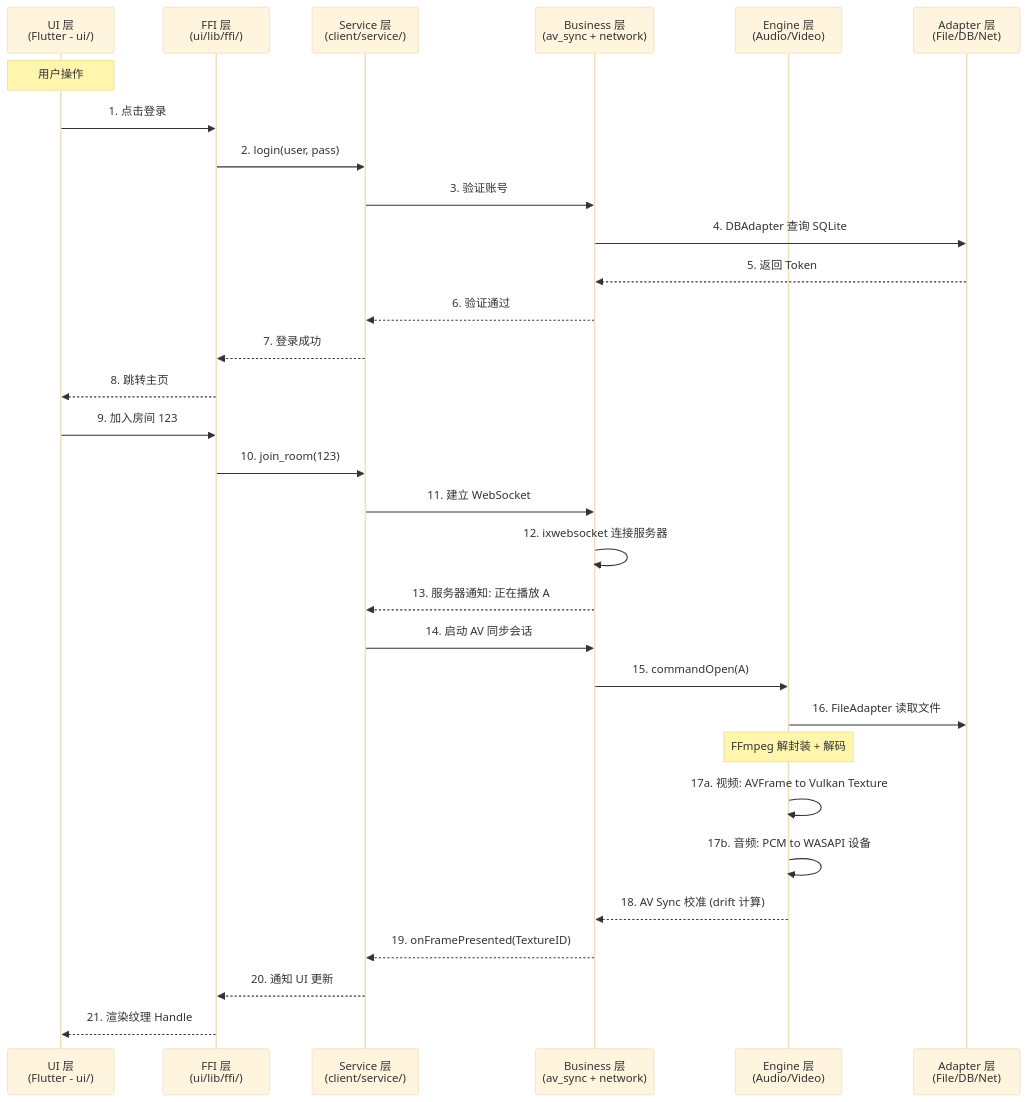
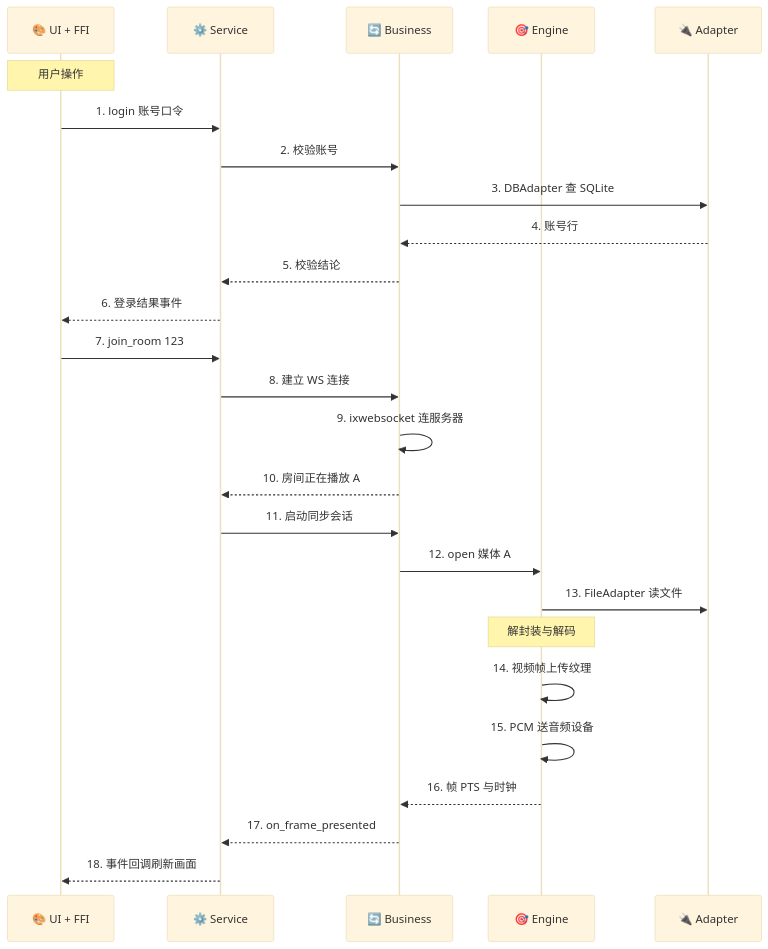
One commit to xiaofusu123/PrismPlayer changed the first of 4 diagrams in docs/markdown/数据流.md. Above: the diagram before and after it, drawn with Mermaid (base theme). The commit also changed other lines of this file and 8 other files, not shown here.

````diff
--- a/docs/markdown/数据流.md
+++ b/docs/markdown/数据流.md
@@ -15,40 +17,36 @@
 ```mermaid
 sequenceDiagram
-accTitle: 主链路端到端数据流
-accDescr: 从 UI 登录、加入房间到 Engine 解码渲染，再逐层回调到 UI 的完整 21 步链路
-    participant UI as UI 层<br/>(Flutter - ui/)
-    participant FFI as FFI 层<br/>(ui/lib/ffi/)
-    participant SVC as Service 层<br/>(client/service/)
-    participant BIZ as Business 层<br/>(av_sync + network)
-    participant ENG as Engine 层<br/>(Audio/Video)
-    participant ADP as Adapter 层<br/>(File/DB/Net)
+    accTitle: 从登录到出画的主链路
+    accDescr: 登录、加入房间、启动同步会话、读文件解码、把帧与时钟回传给 UI 的十八步流程
 
-    Note over UI: 用户操作
-    UI->>FFI: 1. 点击登录
-    FFI->>SVC: 2. login(user, pass)
-    SVC->>BIZ: 3. 验证账号
-    BIZ->>ADP: 4. DBAdapter 查询 SQLite
-    ADP-->>BIZ: 5. 返回 Token
-    BIZ-->>SVC: 6. 验证通过
-    SVC-->>FFI: 7. 登录成功
-    FFI-->>UI: 8. 跳转主页
+    participant ui as 🎨 UI + FFI
+    participant svc as ⚙️ Service
+    participant biz as 🔄 Business
+    participant eng as 🎯 Engine
+    participant adp as 🔌 Adapter
 
-    UI->>FFI: 9. 加入房间 123
-    FFI->>SVC: 10. join_room(123)
-    SVC->>BIZ: 11. 建立 WebSocket
-    BIZ->>BIZ: 12. ixwebsocket 连接服务器
-    BIZ-->>SVC: 13. 服务器通知: 正在播放 A
+    Note over ui: 用户操作
+    ui->>svc: 1. login 账号口令
+    svc->>biz: 2. 校验账号
+    biz->>adp: 3. DBAdapter 查 SQLite
+    adp-->>biz: 4. 账号行
+    biz-->>svc: 5. 校验结论
+    svc-->>ui: 6. 登录结果事件
 
-    SVC->>BIZ: 14. 启动 AV 同步会话
-    BIZ->>ENG: 15. commandOpen(A)
-    ENG->>ADP: 16. FileAdapter 读取文件
+    ui->>svc: 7. join_room 123
+    svc->>biz: 8. 建立 WS 连接
+    biz->>biz: 9. ixwebsocket 连服务器
+    biz-->>svc: 10. 房间正在播放 A
 
-    Note over ENG: FFmpeg 解封装 + 解码
-    ENG->>ENG: 17a. 视频: AVFrame to Vulkan Texture
-    ENG->>ENG: 17b. 音频: PCM to WASAPI 设备
+    svc->>biz: 11. 启动同步会话
+    biz->>eng: 12. open 媒体 A
+    eng->>adp: 13. FileAdapter 读文件
 
-    ENG-->>BIZ: 18. AV Sync 校准 (drift 计算)
-    BIZ-->>SVC: 19. onFramePresented(TextureID)
-    SVC-->>FFI: 20. 通知 UI 更新
-    FFI-->>UI: 21. 渲染纹理 Handle
+    Note over eng: 解封装与解码
+    eng->>eng: 14. 视频帧上传纹理
+    eng->>eng: 15. PCM 送音频设备
+
+    eng-->>biz: 16. 帧 PTS 与时钟
+    biz-->>svc: 17. on_frame_presented
+    svc-->>ui: 18. 事件回调刷新画面
 ```
````
